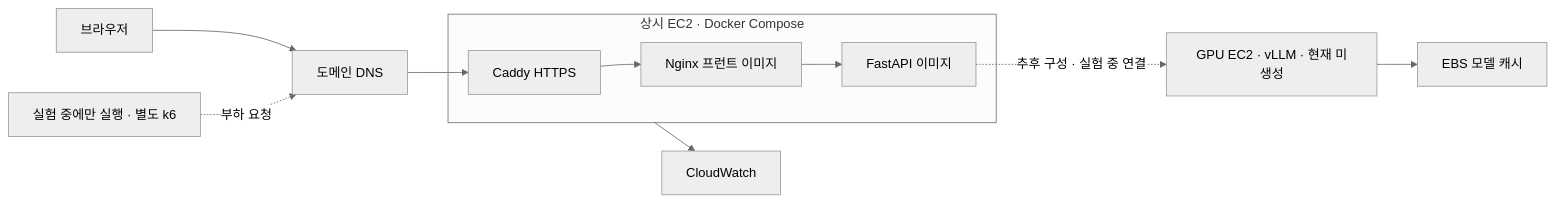
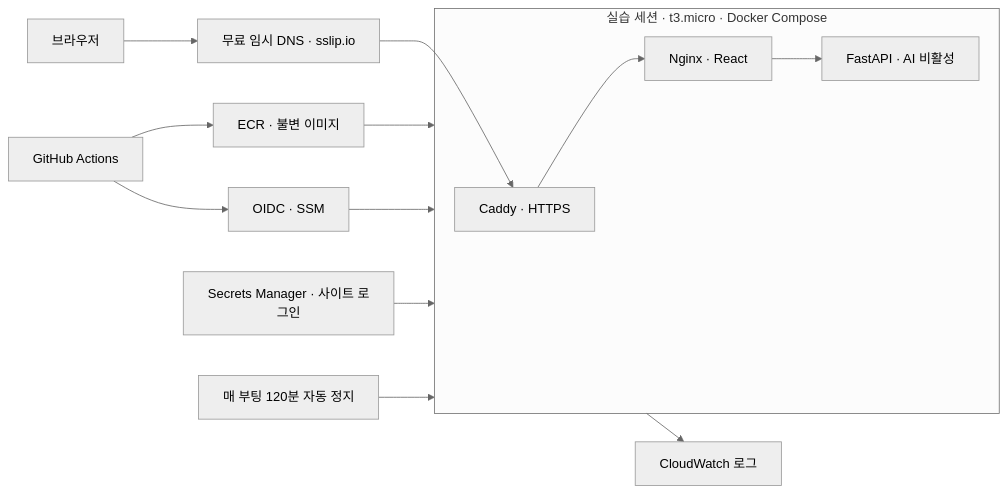
One commit to CLM-BONNY/orot-ai changed the diagram in ai-study-site/deploy/README.md. Above: the diagram before and after it, drawn with Mermaid (neutral theme). The commit also changed other lines of this file and 4 other files, not shown here.

````diff
--- a/ai-study-site/deploy/README.md
+++ b/ai-study-site/deploy/README.md
@@ -26,13 +11,16 @@
 ```mermaid
 flowchart LR
-    U[브라우저] --> D[도메인 DNS]
-    D --> C[Caddy HTTPS]
-    subgraph CPU[상시 EC2 · Docker Compose]
-      C --> W[Nginx 프런트 이미지]
-      W --> A[FastAPI 이미지]
+    U[브라우저] --> D[무료 임시 DNS · sslip.io]
+    D --> C[Caddy · HTTPS]
+    subgraph CPU[실습 세션 · t3.micro · Docker Compose]
+      C --> W[Nginx · React]
+      W --> A[FastAPI · AI 비활성]
     end
-    K[실험 중에만 실행 · 별도 k6] -. 부하 요청 .-> D
-    A -. 추후 구성 · 실험 중 연결 .-> G[GPU EC2 · vLLM · 현재 미생성]
-    G --> E[EBS 모델 캐시]
-    CPU --> L[CloudWatch]
+    GH[GitHub Actions] --> ECR[ECR · 불변 이미지]
+    GH --> SSM[OIDC · SSM]
+    ECR --> CPU
+    SSM --> CPU
+    CPU --> L[CloudWatch 로그]
+    SEC[Secrets Manager · 사이트 로그인] --> CPU
+    T[매 부팅 120분 자동 정지] --> CPU
 ```
````
